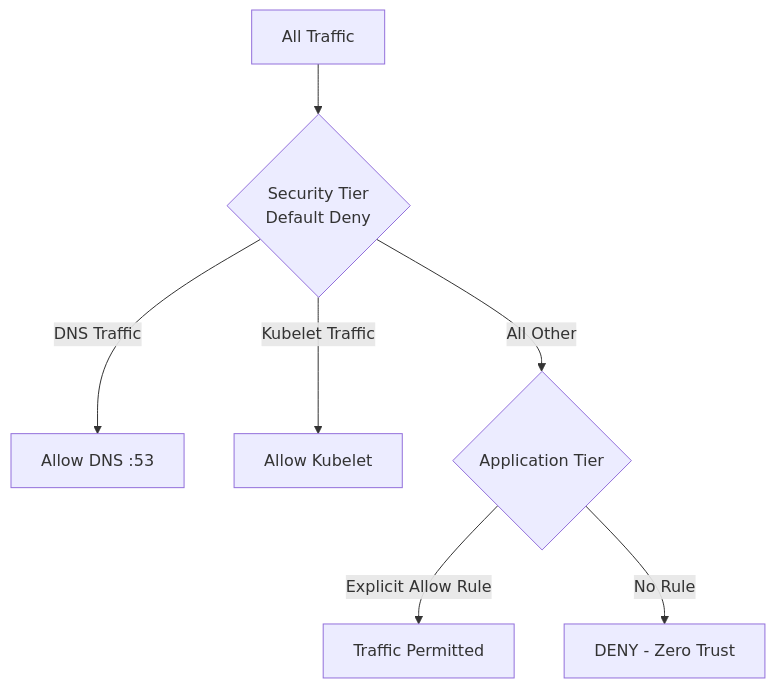
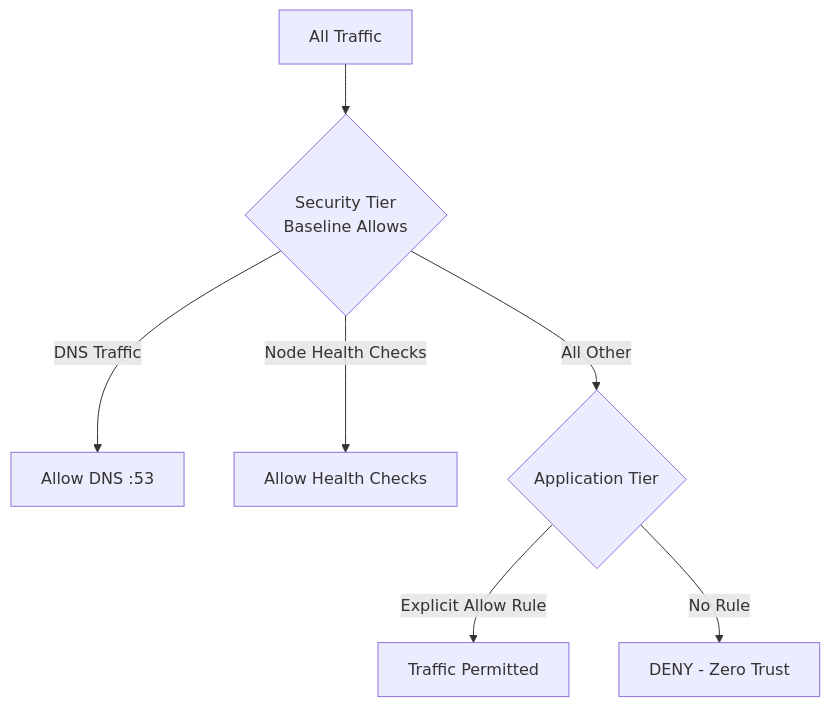
Before and after one commit to OneUptime/blog: the diagram in posts/2026-03-13-zero-trust-default-deny-policies-calico/README.md, drawn with Mermaid. The commit also changed other lines of this file and 2 other files, not shown here.

Commit message:
validate: 2026-03-13-zero-trust-default-deny-policies-calico

````diff
--- a/posts/2026-03-13-zero-trust-default-deny-policies-calico/README.md
+++ b/posts/2026-03-13-zero-trust-default-deny-policies-calico/README.md
@@ -132,9 +132,9 @@
 ```mermaid
 flowchart TD
-    A[All Traffic] --> B{Security Tier\nDefault Deny}
+    A[All Traffic] --> B{Security Tier\nBaseline Allows}
     B -->|DNS Traffic| C[Allow DNS :53]
-    B -->|Kubelet Traffic| D[Allow Kubelet]
+    B -->|Node Health Checks| D[Allow Health Checks]
     B -->|All Other| E{Application Tier}
     E -->|Explicit Allow Rule| F[Traffic Permitted]
     E -->|No Rule| G[DENY - Zero Trust]
 ```
````
